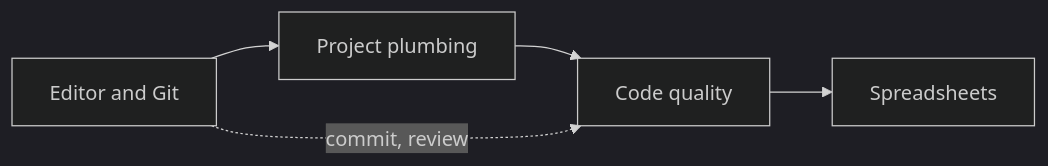
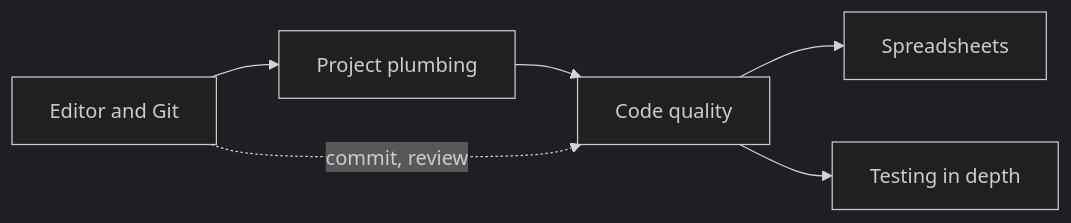
The diagram in docs/04-developer-tools-and-workflow/index.md (faiyaz-svg/CSFromTheGroundUp), drawn with Mermaid (dark theme) before and after one commit. The commit also changed other lines of this file and 11 other files, not shown here.

````diff
--- a/docs/04-developer-tools-and-workflow/index.md
+++ b/docs/04-developer-tools-and-workflow/index.md
@@ -13,7 +13,8 @@
 ```mermaid
 flowchart LR
     A["Editor and Git"] --> B["Project plumbing"]
     B --> C["Code quality"]
     C --> D["Spreadsheets"]
+    C --> E["Testing in depth"]
     A -. "commit, review" .-> C
 ```
````
